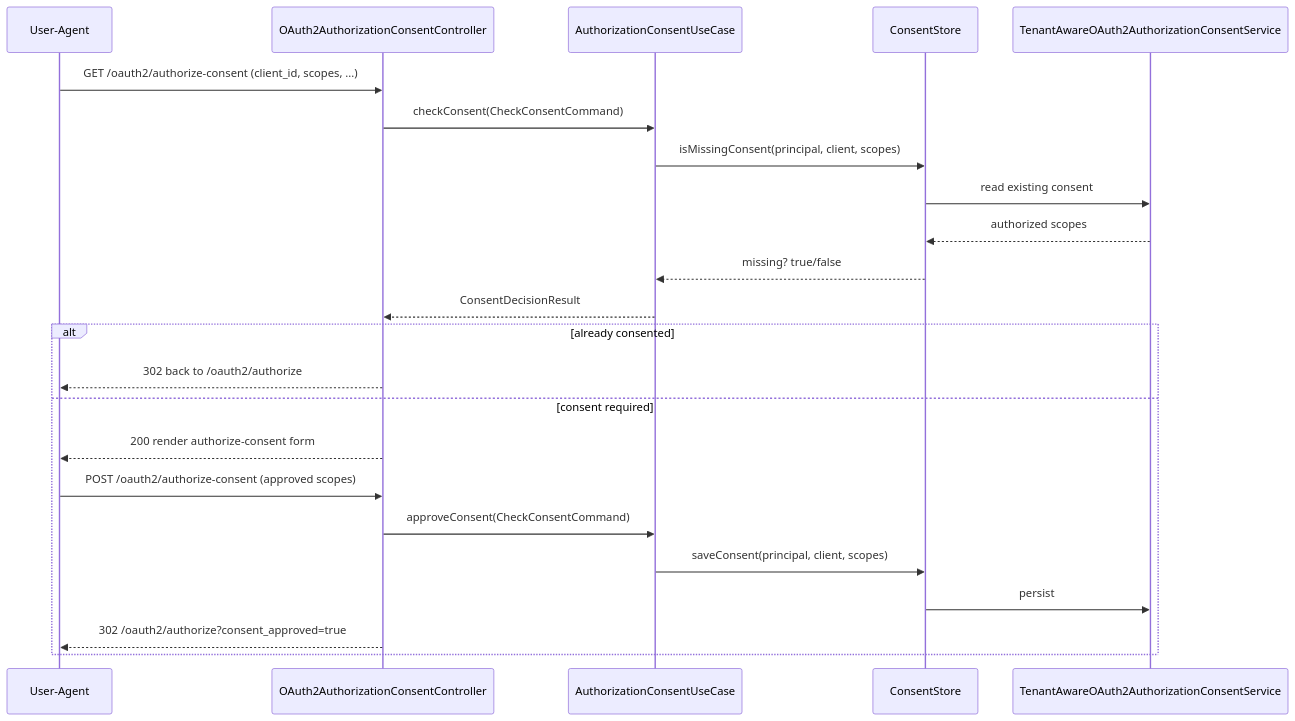
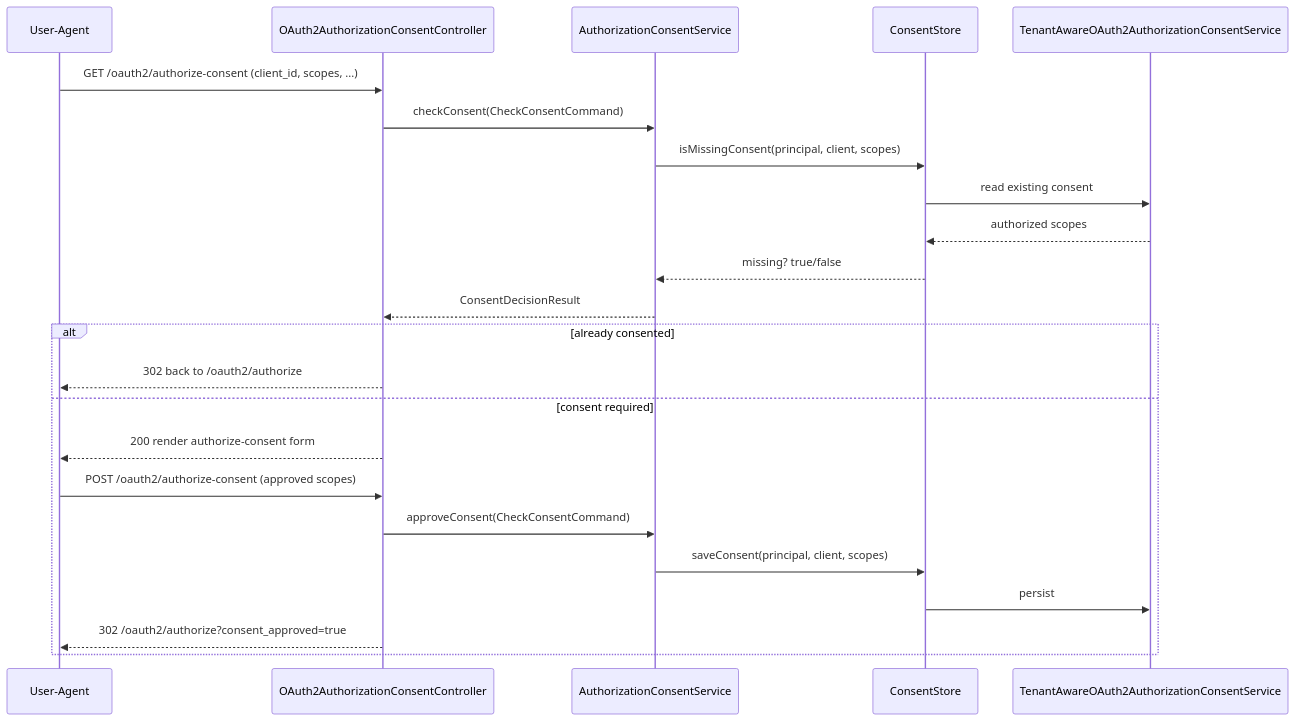
The diagram in documentation/features/08-consent.md (edmaputra/ed-auth), drawn with Mermaid before and after one commit. The commit also changed other lines of this file and 14 other files, not shown here.

Commit message:
refactor: Update documentation to reflect service renaming and architectural changes

````diff
--- a/documentation/features/08-consent.md
+++ b/documentation/features/08-consent.md
@@ -80,26 +80,26 @@
 ```mermaid
 sequenceDiagram
     participant UA as User-Agent
     participant Ctrl as OAuth2AuthorizationConsentController
-    participant UC as AuthorizationConsentUseCase
+    participant UC as AuthorizationConsentService
     participant CS as ConsentStore
     participant Store as TenantAwareOAuth2AuthorizationConsentService
 
     UA->>Ctrl: GET /oauth2/authorize-consent (client_id, scopes, ...)
     Ctrl->>UC: checkConsent(CheckConsentCommand)
     UC->>CS: isMissingConsent(principal, client, scopes)
     CS->>Store: read existing consent
     Store-->>CS: authorized scopes
     CS-->>UC: missing? true/false
     UC-->>Ctrl: ConsentDecisionResult
     alt already consented
         Ctrl-->>UA: 302 back to /oauth2/authorize
     else consent required
         Ctrl-->>UA: 200 render authorize-consent form
         UA->>Ctrl: POST /oauth2/authorize-consent (approved scopes)
         Ctrl->>UC: approveConsent(CheckConsentCommand)
         UC->>CS: saveConsent(principal, client, scopes)
         CS->>Store: persist
         Ctrl-->>UA: 302 /oauth2/authorize?consent_approved=true
     end
 ```
````
